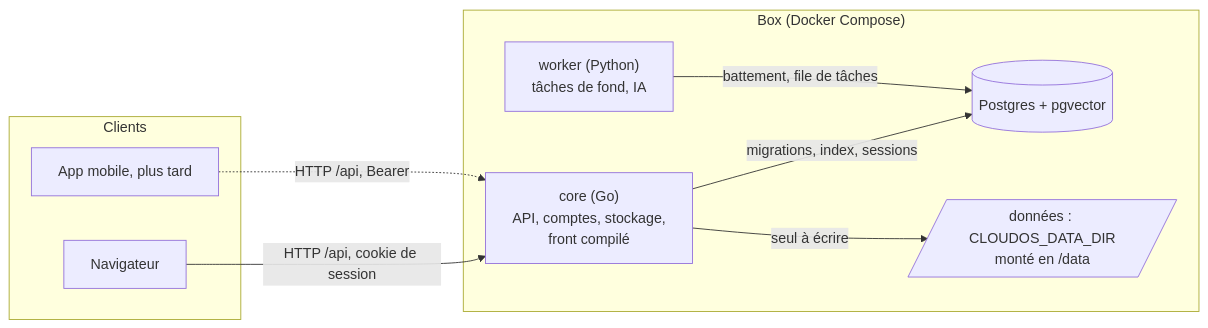
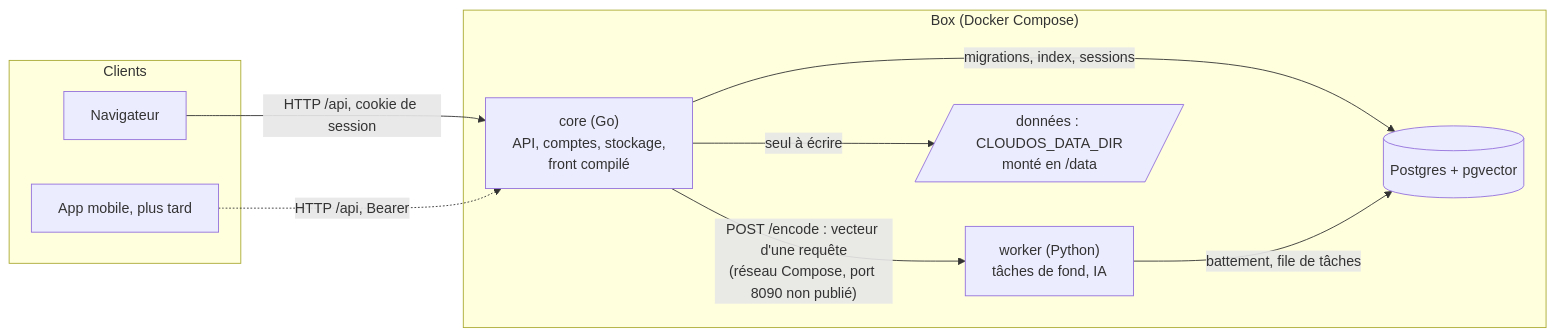
One commit to C2-POLY/cloud-os changed the first of 3 diagrams in docs/architecture/overview.md. Above: the diagram before and after it, drawn with Mermaid. The commit also changed other lines of this file and 29 other files, not shown here.

````diff
--- a/docs/architecture/overview.md
+++ b/docs/architecture/overview.md
@@ -8,18 +8,19 @@
 ```mermaid
 flowchart LR
     subgraph Clients
         W[Navigateur]
         M[App mobile, plus tard]
     end
     subgraph Box["Box (Docker Compose)"]
         C["core (Go)<br/>API, comptes, stockage,<br/>front compilé"]
         K["worker (Python)<br/>tâches de fond, IA"]
         DB[("Postgres + pgvector")]
         D[/"données : CLOUDOS_DATA_DIR<br/>monté en /data"/]
     end
     W -- "HTTP /api, cookie de session" --> C
     M -. "HTTP /api, Bearer" .-> C
     C -- "migrations, index, sessions" --> DB
     K -- "battement, file de tâches" --> DB
+    C -- "POST /encode : vecteur d'une requête<br/>(réseau Compose, port 8090 non publié)" --> K
     C -- "seul à écrire" --> D
 ```
````
